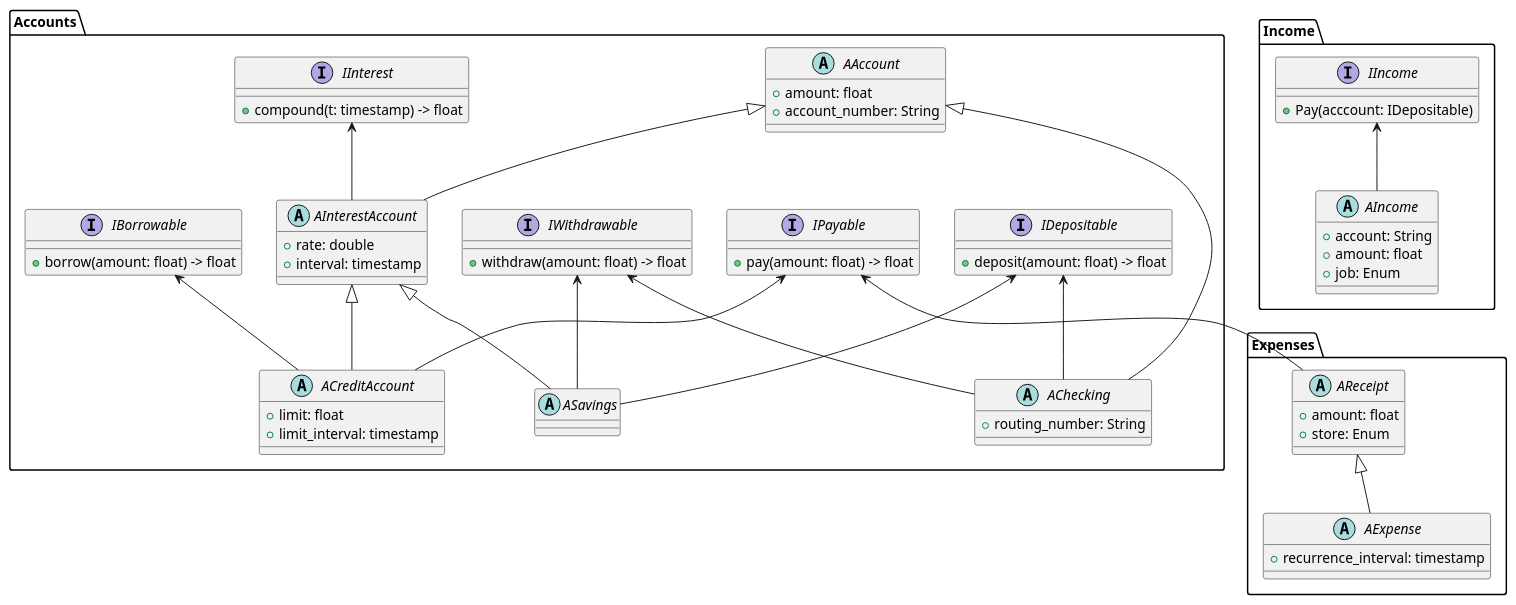
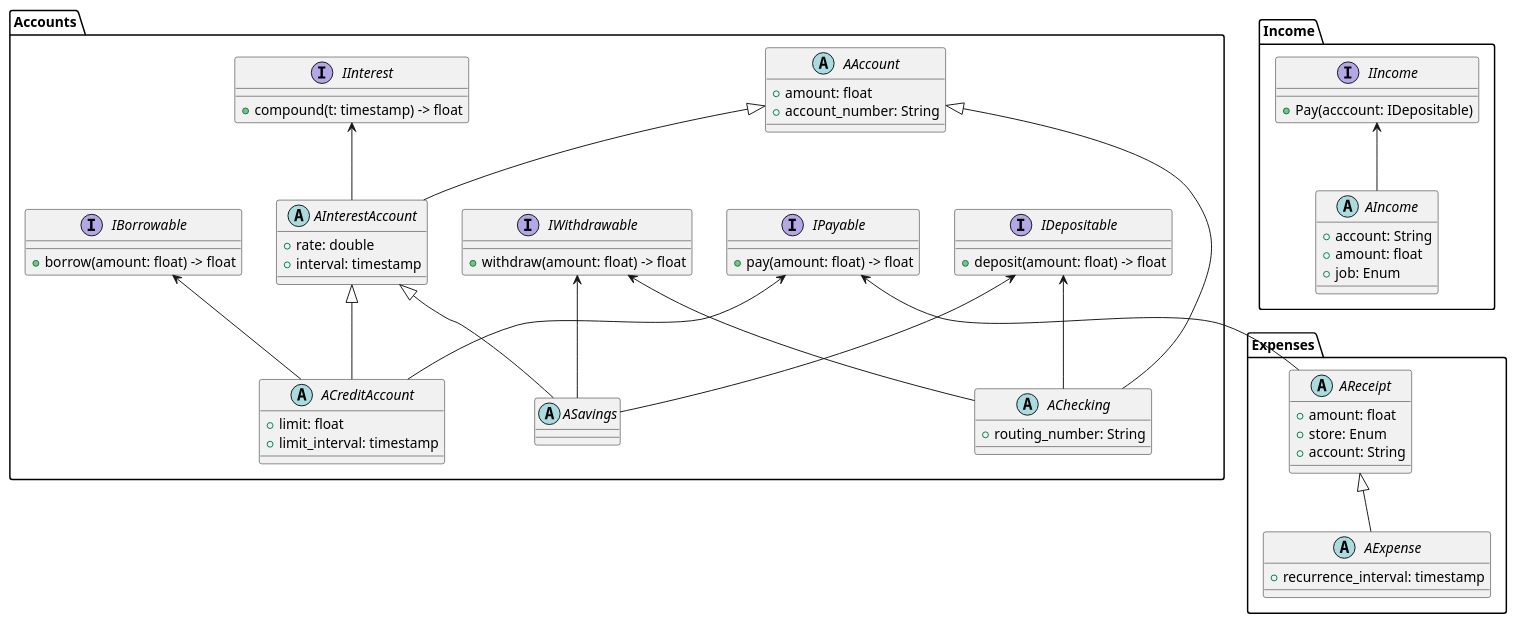
Before and after one commit to aaron-jencks/budget_LabVIEW: the diagram in object_model.puml, drawn with PlantUML. The commit also changed 3 other files, not shown here.

```diff
--- a/object_model.puml
+++ b/object_model.puml
@@ -1,88 +1,89 @@
 @startuml
 package Accounts {
     interface IDepositable {
     + deposit(amount: float) -> float
     }
 
     interface IWithdrawable {
     + withdraw(amount: float) -> float
     }
 
     interface IPayable {
     + pay(amount: float) -> float
     }
 
     interface IBorrowable {
     + borrow(amount: float) -> float
     }
 
     abstract class AAccount {
     + amount: float
     + account_number: String
     }
 
     interface IInterest {
     + compound(t: timestamp) -> float
     }
 
     abstract class AInterestAccount {
     + rate: double
     + interval: timestamp
     }
 
     IInterest <-- AInterestAccount
     AAccount <|-- AInterestAccount
 
     abstract class ACreditAccount {
     + limit: float
     + limit_interval: timestamp
     }
 
     IBorrowable <-- ACreditAccount
     IPayable <-- ACreditAccount
     AInterestAccount <|-- ACreditAccount
 
     abstract class ASavings {
     }
 
     IDepositable <-- ASavings
     IWithdrawable <-- ASavings
     AInterestAccount <|-- ASavings
 
     abstract class AChecking {
     + routing_number: String
     }
 
     IDepositable <-- AChecking
     IWithdrawable <-- AChecking
     AAccount <|-- AChecking
 }
 
 package Expenses {
     abstract class AReceipt {
     + amount: float
     + store: Enum
+    + account: String
     }
     IPayable <-- AReceipt
 
     abstract class AExpense {
     + recurrence_interval: timestamp
     }
 
     AReceipt <|-- AExpense
 }
 
 package Income {
     interface IIncome {
     + Pay(acccount: IDepositable)
     }
 
     abstract class AIncome {
     + account: String
     + amount: float
     + job: Enum
     }
 
     IIncome <-- AIncome
 }
 @enduml
```
